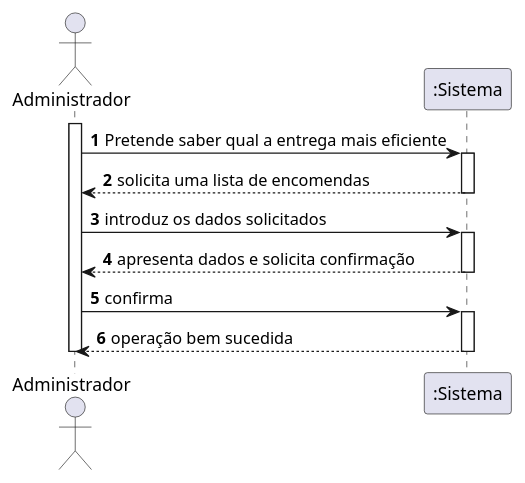
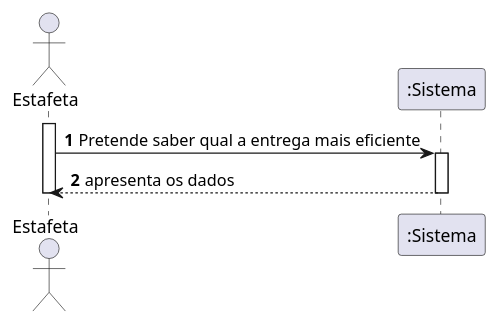
One commit to pedrolemos4/LAPR3 changed the diagram in docs/UC197/EntregaEficienteSSD.puml. Above: the diagram before and after it, drawn with PlantUML. The commit also changed 7 other files, not shown here.

```diff
--- a/docs/UC197/EntregaEficienteSSD.puml
+++ b/docs/UC197/EntregaEficienteSSD.puml
@@ -1,23 +1,13 @@
 @startuml
 autonumber
-actor "Administrador" as UNR
+actor "Estafeta" as UNR
 
 activate UNR
 UNR -> ":Sistema" : Pretende saber qual a entrega mais eficiente
 activate ":Sistema"
-":Sistema" --> UNR : solicita uma lista de encomendas
-deactivate ":Sistema"
 
-
-UNR -> ":Sistema" : introduz os dados solicitados
-activate ":Sistema"
-":Sistema" --> UNR : apresenta dados e solicita confirmação
-deactivate ":Sistema"
-
-UNR -> ":Sistema" : confirma
-activate ":Sistema"
-":Sistema" --> UNR : operação bem sucedida
+":Sistema" --> UNR : apresenta os dados
 deactivate ":Sistema"
 
 deactivate UNR
 @enduml
```
